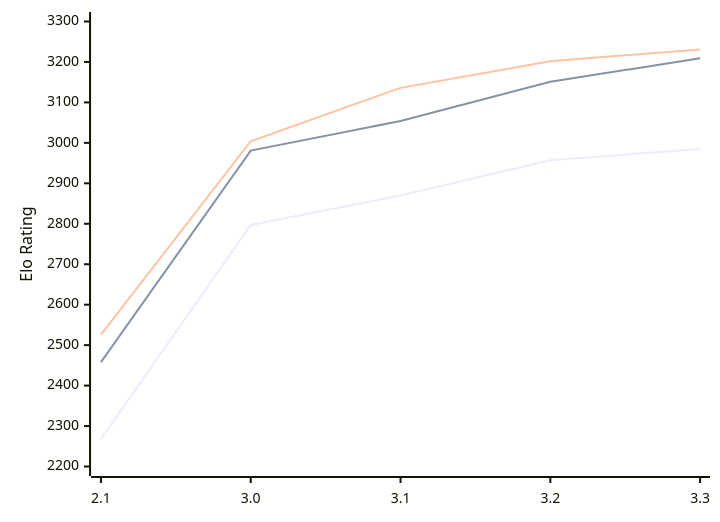
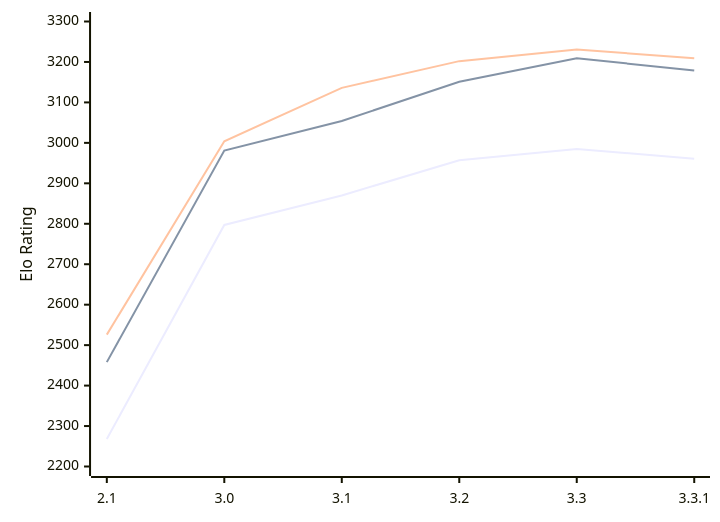
One commit to computer-chess-index/cci changed the diagram in engines/Petrel.md. Above: the diagram before and after it, drawn with Mermaid. The commit also changed other lines of this file, not shown here.

Commit message:
Update CCI Ratings (ELO VLTC) - 2026-02-12

````diff
--- a/engines/Petrel.md
+++ b/engines/Petrel.md
@@ -40,9 +40,9 @@
 ```mermaid
 %%{init: {"theme":"base","themeVariables":{"seriesColors:['#a3a3a3','#222221','#faa371']}}}%%
 xychart-beta
-  x-axis ["2.1", "3.0", "3.1", "3.2", "3.3"]
+  x-axis ["2.1", "3.0", "3.1", "3.2", "3.3", "3.3.1"]
   y-axis "Elo Rating" 2200 --> 3300
-  line "STC (8.0+0.08s)" [2268, 2797, 2870, 2957, 2985]
-  line "LTC (60.0+0.60s)" [2458, 2981, 3054, 3151, 3209]
-  line "VLTC (2m24s+1.12s)" [2526, 3004, 3136, 3202, 3231]
+  line "STC (8.0+0.08s)" [2268, 2797, 2870, 2957, 2985, 2961]
+  line "LTC (60.0+0.60s)" [2458, 2981, 3054, 3151, 3209, 3179]
+  line "VLTC (2m24s+1.12s)" [2526, 3004, 3136, 3202, 3231, 3209]
 ```
````
